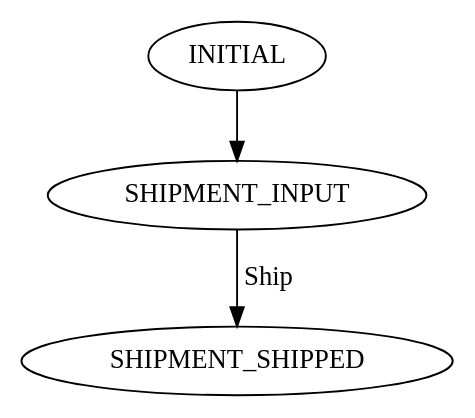
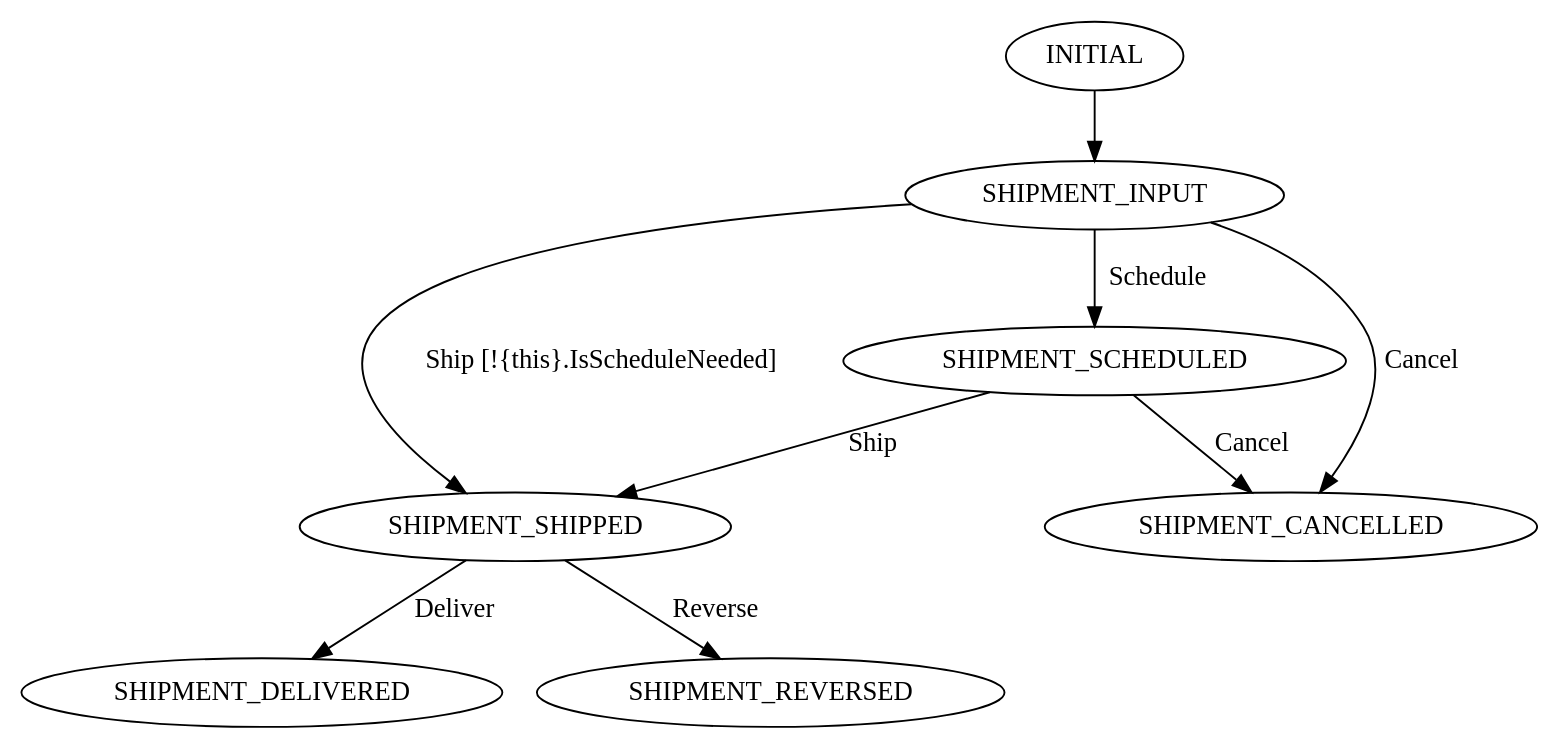
The diagram in Dddml.Wms.Common/SM_SalesShipment_StatusId.dot (windygu/wms-2), drawn with Graphviz before and after one commit. The commit also changed 83 other files, not shown here.

Commit message:
给出库通知单 / 装运单增加 IsScheduleNeeded 属性。IsScheduleNeeded = false 的装运单可以直接“发货”。

```diff
--- a/Dddml.Wms.Common/SM_SalesShipment_StatusId.dot
+++ b/Dddml.Wms.Common/SM_SalesShipment_StatusId.dot
@@ -1,4 +1,10 @@
 digraph {
  INITIAL -> SHIPMENT_INPUT [label=""];
- SHIPMENT_INPUT -> SHIPMENT_SHIPPED [label="Ship"];
+ SHIPMENT_INPUT -> SHIPMENT_SHIPPED [label="Ship [!{this}.IsScheduleNeeded]"];
+ SHIPMENT_INPUT -> SHIPMENT_SCHEDULED [label="Schedule"];
+ SHIPMENT_INPUT -> SHIPMENT_CANCELLED [label="Cancel"];
+ SHIPMENT_SCHEDULED -> SHIPMENT_CANCELLED [label="Cancel"];
+ SHIPMENT_SCHEDULED -> SHIPMENT_SHIPPED [label="Ship"];
+ SHIPMENT_SHIPPED -> SHIPMENT_DELIVERED [label="Deliver"];
+ SHIPMENT_SHIPPED -> SHIPMENT_REVERSED [label="Reverse"];
 }
```
